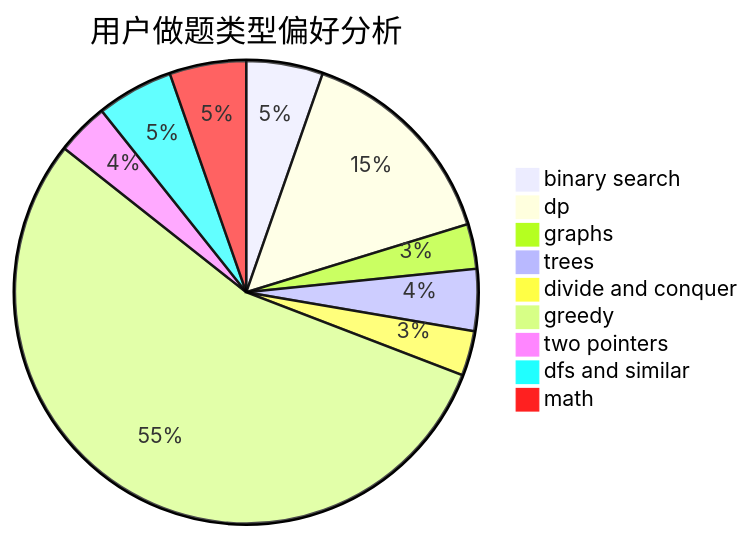
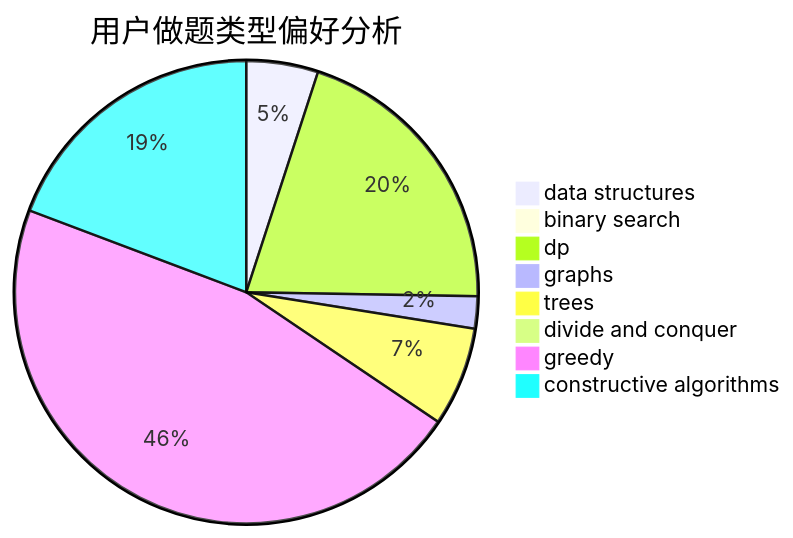
The second of 3 diagrams in docs/user/u1255.md (sherpahu/cfrs.github.io), drawn with Mermaid before and after one commit. The commit also changed other lines of this file and 2775 other files, not shown here.

````diff
--- a/docs/user/u1255.md
+++ b/docs/user/u1255.md
@@ -23,12 +23,11 @@
 ```mermaid
 pie title 用户做题类型偏好分析
-    "binary search" :  166
-    "dp" :  462
-    "graphs" :  97
-    "trees" :  134
-    "divide and conquer" :  97
-    "greedy" :  1700
-    "two pointers" :  113
-    "dfs and similar" :  166
-    "math" :  166
+    "data structures" :  94
+    "binary search" :  10
+    "dp" :  380
+    "graphs" :  42
+    "trees" :  130
+    "divide and conquer" :  12
+    "greedy" :  868
+    "constructive algorithms" :  361
 ```
````
